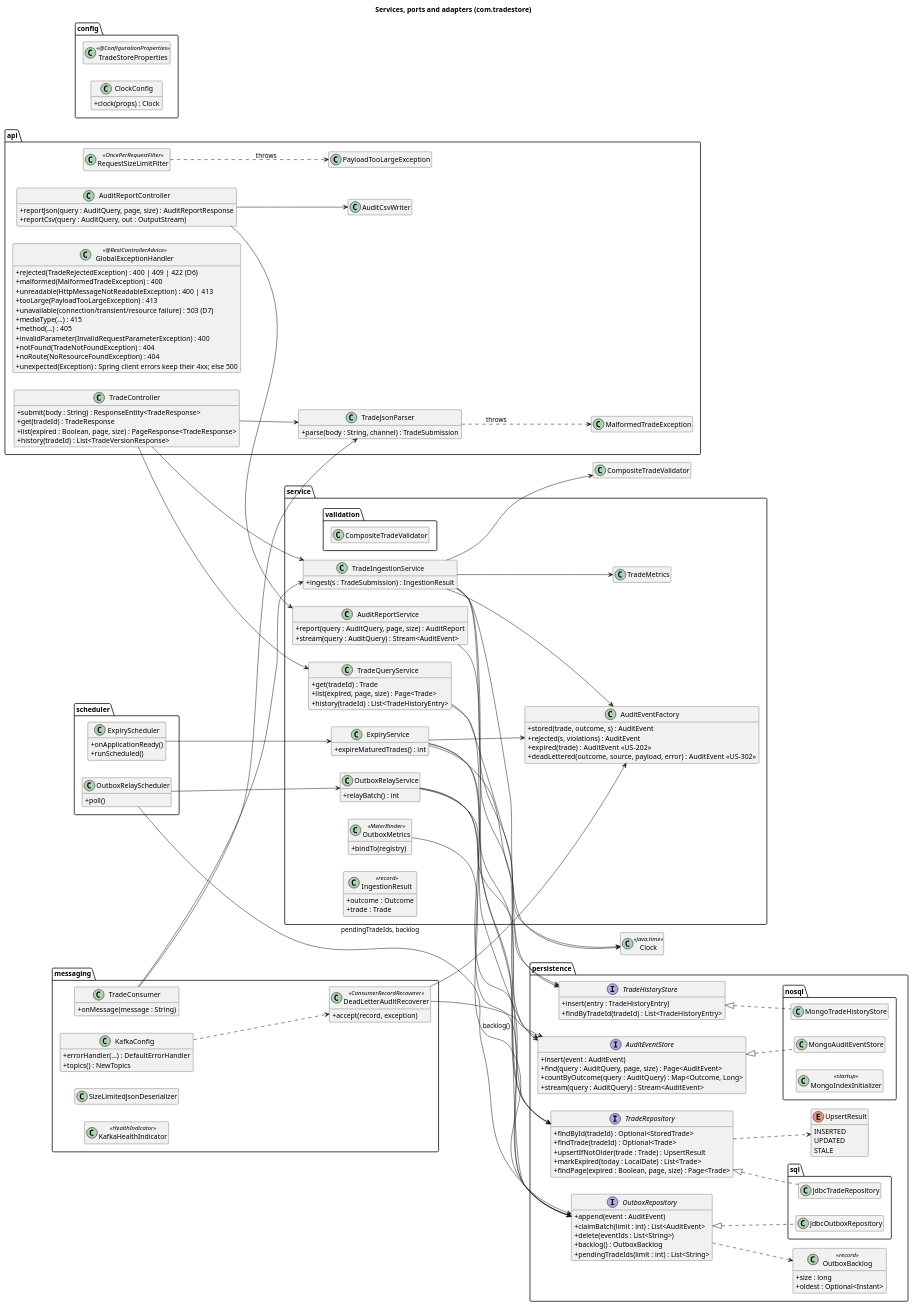
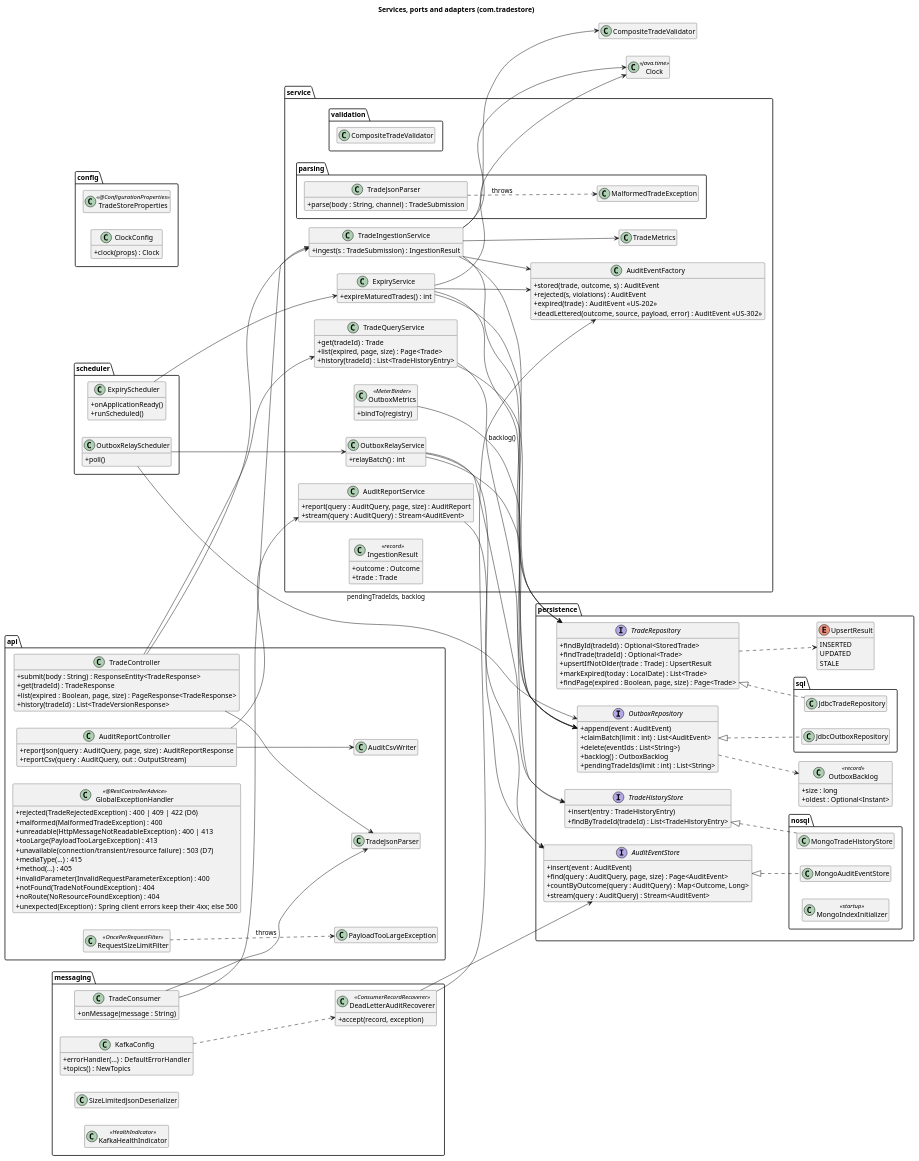
The diagram in docs/diagrams/05-class-components.puml (kuldipkumar/Trade-store), drawn with PlantUML before and after one commit. The commit also changed 7 other files, not shown here.

Commit message:
docs: US-301/304 review: parser package in diagram and LLD, Kafka error handling and partition rule, test review, PROMPTS

```diff
--- a/docs/diagrams/05-class-components.puml
+++ b/docs/diagrams/05-class-components.puml
@@ -29,11 +29,6 @@
     + noRoute(NoResourceFoundException) : 404
     + unexpected(Exception) : Spring client errors keep their 4xx; else 500
   }
-  class TradeJsonParser {
-    + parse(body : String, channel) : TradeSubmission
-  }
-  class MalformedTradeException
-  TradeJsonParser ..> MalformedTradeException : throws
   TradeController --> TradeJsonParser
   class RequestSizeLimitFilter <<OncePerRequestFilter>>
   class AuditCsvWriter
@@ -195,6 +190,13 @@
 package "service.validation" {
   class CompositeTradeValidator
 }
+package "service.parsing" {
+  class TradeJsonParser {
+    + parse(body : String, channel) : TradeSubmission
+  }
+  class MalformedTradeException
+  TradeJsonParser ..> MalformedTradeException : throws
+}
 class Clock <<java.time>>
 
 @enduml
```
